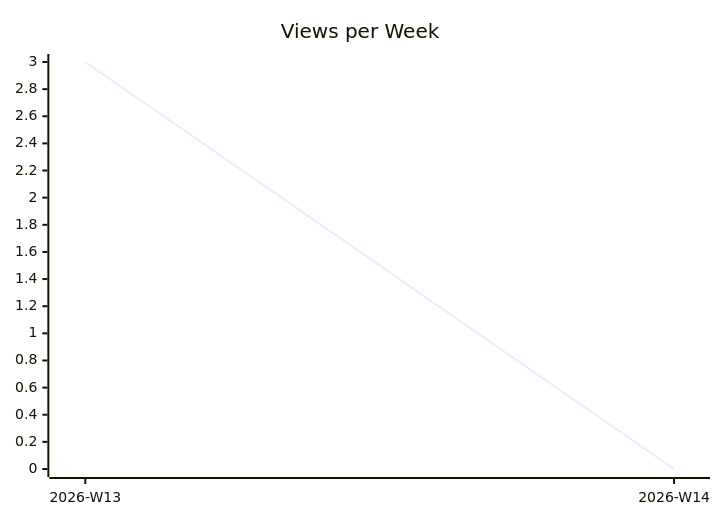
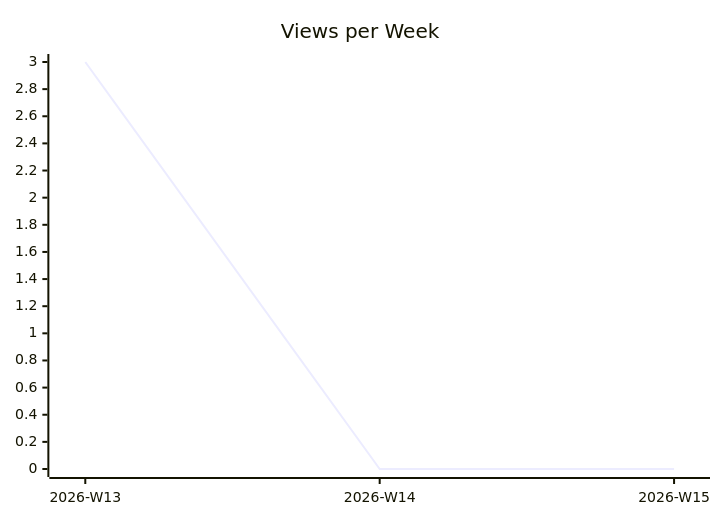
Before and after one commit to justdavis-family/github-analytics-data: the second of 3 diagrams in karlmdavis/kxml2/README.md, drawn with Mermaid. The commit also changed other lines of this file and 190 other files, not shown here.

````diff
--- a/karlmdavis/kxml2/README.md
+++ b/karlmdavis/kxml2/README.md
@@ -12,6 +12,6 @@
 ```mermaid
 xychart-beta
   title "Views per Week"
-  x-axis ["2026-W13", "2026-W14"]
-  line [3, 0]
+  x-axis ["2026-W13", "2026-W14", "2026-W15"]
+  line [3, 0, 0]
 ```
````
